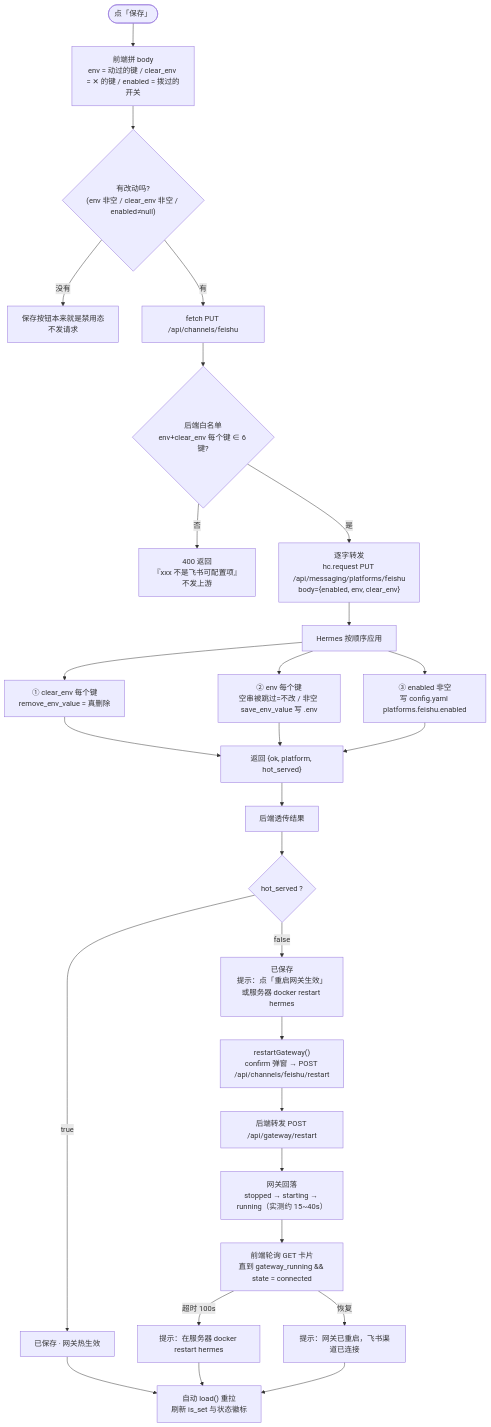
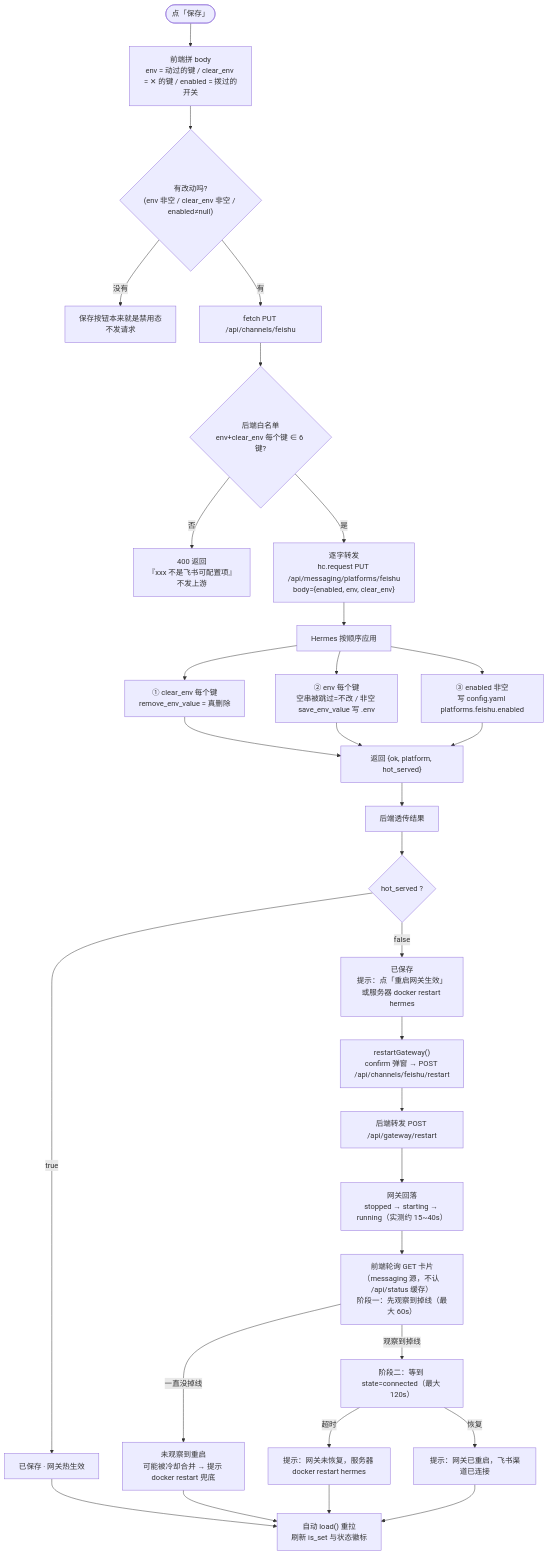
The second of 2 diagrams in feishu-channel-flow.md (yeeqen00111/hermes-web-console), drawn with Mermaid before and after one commit.

Commit message:
docs(channels): reflect two-phase restart polling in the flowchart

````diff
--- a/feishu-channel-flow.md
+++ b/feishu-channel-flow.md
@@ -60,30 +60,33 @@
 ```mermaid
 flowchart TD
     A([点「保存」]) --> B["前端拼 body<br/>env = 动过的键 / clear_env = ✕ 的键 / enabled = 拨过的开关"]
     B --> C{"有改动吗?<br/>(env 非空 / clear_env 非空 / enabled≠null)"}
     C -- 没有 --> C0["保存按钮本来就是禁用态<br/>不发请求"]
     C -- 有 --> D["fetch PUT /api/channels/feishu"]
     D --> E{"后端白名单<br/>env+clear_env 每个键 ∈ 6 键?"}
     E -- 否 --> E1["400 返回<br/>『xxx 不是飞书可配置项』<br/>不发上游"]
     E -- 是 --> F["逐字转发<br/>hc.request PUT /api/messaging/platforms/feishu<br/>body={enabled, env, clear_env}"]
     F --> G["Hermes 按顺序应用"]
     G --> G1["① clear_env 每个键<br/>remove_env_value = 真删除"]
     G --> G2["② env 每个键<br/>空串被跳过=不改 / 非空 save_env_value 写 .env"]
     G --> G3["③ enabled 非空<br/>写 config.yaml platforms.feishu.enabled"]
     G1 --> H["返回 {ok, platform, hot_served}"]
     G2 --> H
     G3 --> H
     H --> I["后端透传结果"]
     I --> J{"hot_served ?"}
     J -- true --> K1["已保存 · 网关热生效"]
     J -- false --> K2["已保存<br/>提示：点「重启网关生效」或服务器 docker restart hermes"]
     K1 --> M["自动 load() 重拉<br/>刷新 is_set 与状态徽标"]
     K2 --> R["restartGateway()<br/>confirm 弹窗 → POST /api/channels/feishu/restart"]
     R --> R2["后端转发 POST /api/gateway/restart"]
     R2 --> R3["网关回落<br/>stopped → starting → running（实测约 15~40s）"]
-    R3 --> R4["前端轮询 GET 卡片<br/>直到 gateway_running && state = connected"]
-    R4 -- 超时 100s --> R5["提示：在服务器 docker restart hermes"]
-    R4 -- 恢复 --> R6["提示：网关已重启，飞书渠道已连接"]
-    R5 --> M
+    R3 --> R4["前端轮询 GET 卡片（messaging 源，不认 /api/status 缓存）<br/>阶段一：先观察到掉线（最大 60s）"]
+    R4 -- 一直没掉线 --> R4A["未观察到重启<br/>可能被冷却合并 → 提示 docker restart 兜底"]
+    R4 -- 观察到掉线 --> R5["阶段二：等到 state=connected（最大 120s）"]
+    R5 -- 超时 --> R5A["提示：网关未恢复，服务器 docker restart hermes"]
+    R5 -- 恢复 --> R6["提示：网关已重启，飞书渠道已连接"]
+    R4A --> M
+    R5A --> M
     R6 --> M
 ```
````
